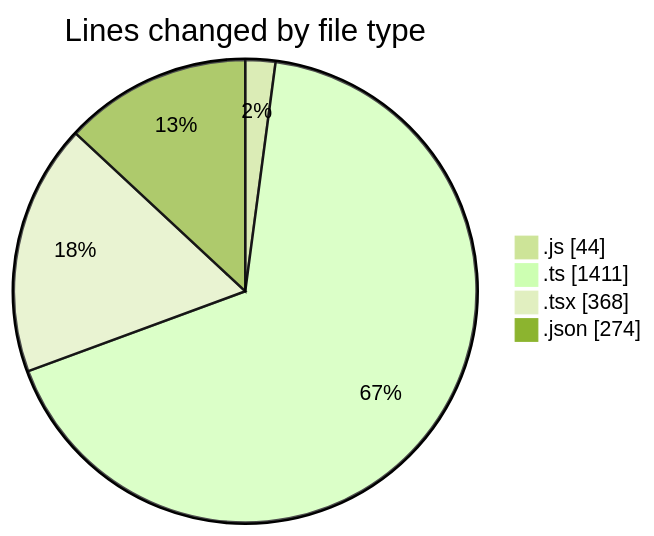
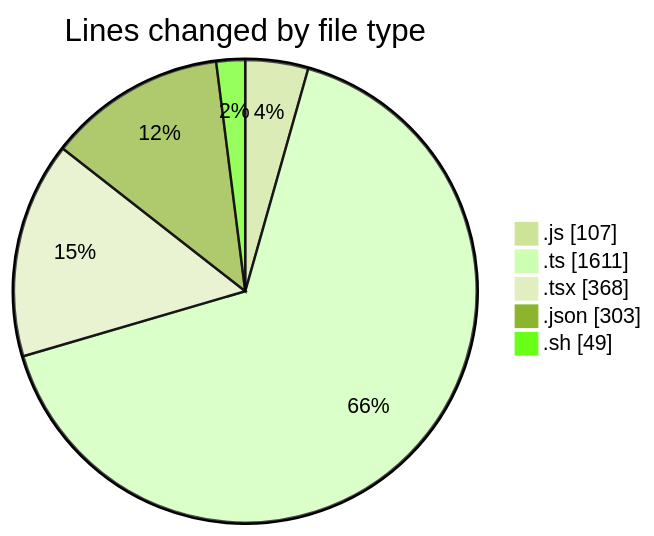
One commit to EIIisD/code-tracking changed the first of 2 diagrams in 2025-07-14/ribbon/README.md. Above: the diagram before and after it, drawn with Mermaid (forest theme). The commit also changed other lines of this file and 1 other file, not shown here.

````diff
--- a/2025-07-14/ribbon/README.md
+++ b/2025-07-14/ribbon/README.md
@@ -29,8 +36,9 @@
 ```mermaid
 pie showData
 title Lines changed by file type
-".js" : 44
-".ts" : 1411
+".js" : 107
+".ts" : 1611
 ".tsx" : 368
-".json" : 274
+".json" : 303
+".sh" : 49
 ```
````
